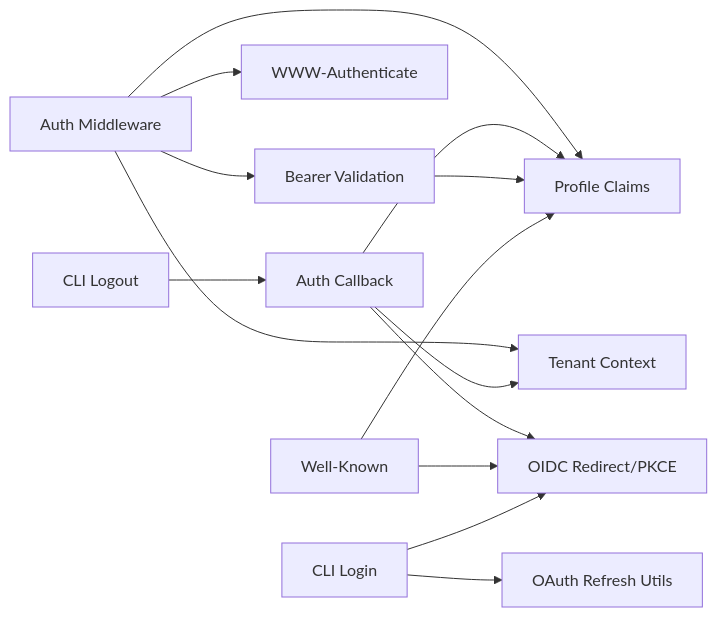
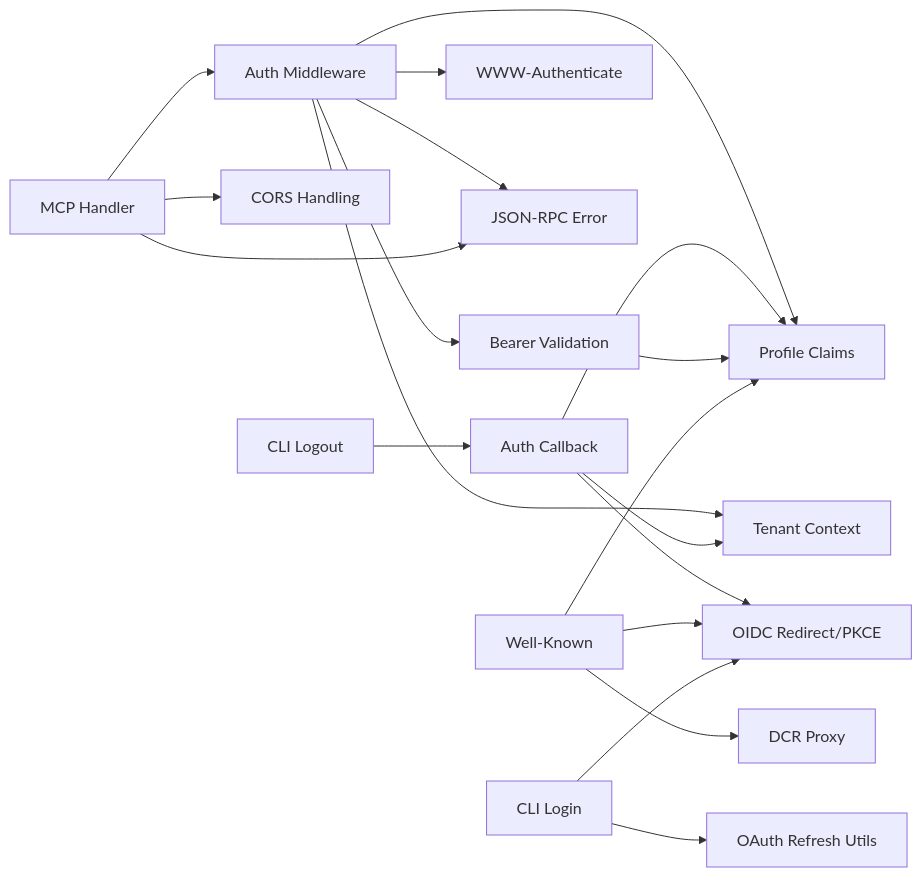
One commit to debian777/kairos-mcp changed diagram 14 of 14 in .qoder/repowiki/en/content/Core Services/Authentication & Authorization/Authentication & Authorization.md. Above: the diagram before and after it, drawn with Mermaid. The commit also changed other lines of this file and 17 other files, not shown here.

````diff
--- a/.qoder/repowiki/en/content/Core Services/Authentication & Authorization/Authentication & Authorization.md
+++ b/.qoder/repowiki/en/content/Core Services/Authentication & Authorization/Authentication & Authorization.md
@@ -414,16 +599,21 @@
 ```mermaid
 graph LR
 MW["Auth Middleware"] --> BV["Bearer Validation"]
 MW --> PC["Profile Claims"]
 MW --> TC["Tenant Context"]
 MW --> WA["WWW-Authenticate"]
+MW --> JRE["JSON-RPC Error"]
 CB["Auth Callback"] --> RED["OIDC Redirect/PKCE"]
 CB --> PC
 CB --> TC
 BV --> PC
 WK["Well-Known"] --> RED
 WK --> PC
+WK --> DCR["DCR Proxy"]
+MCP["MCP Handler"] --> MW
+MCP --> JRE
+MCP --> CORS["CORS Handling"]
 LG["CLI Login"] --> OR["OAuth Refresh Utils"]
 LG --> RED
 LO["CLI Logout"] --> CB
 ```
````
